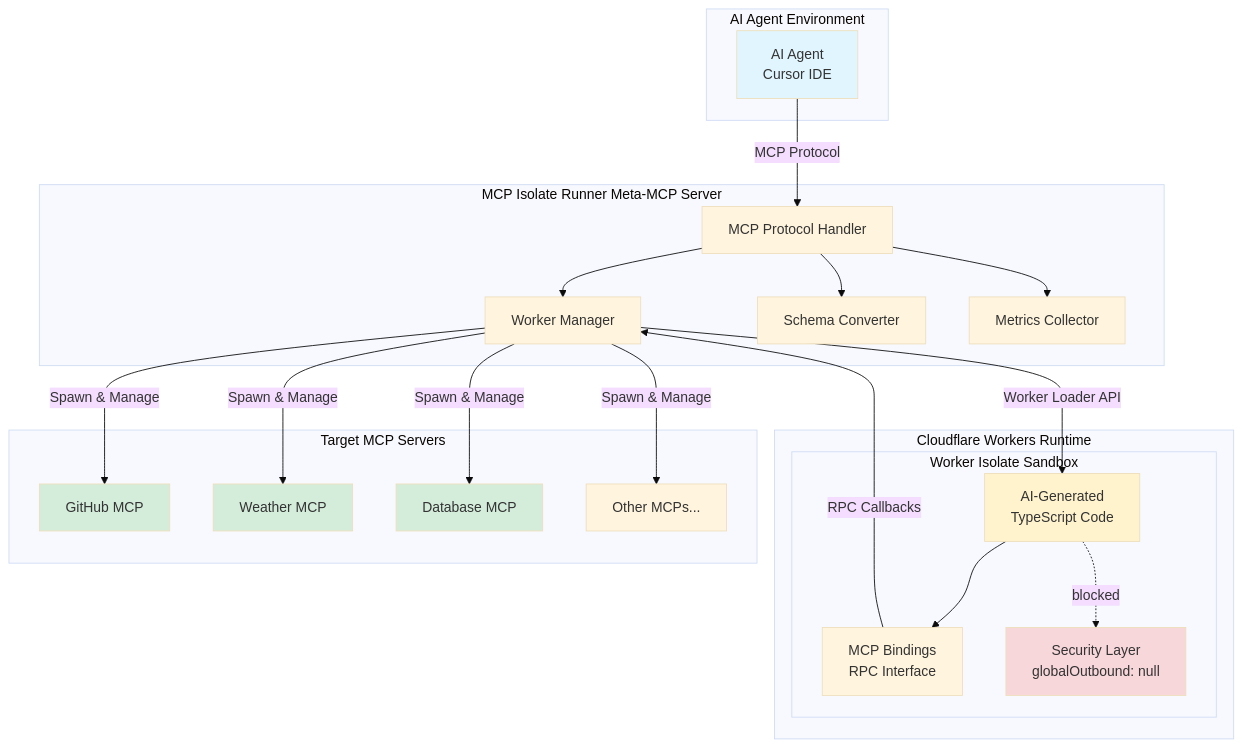
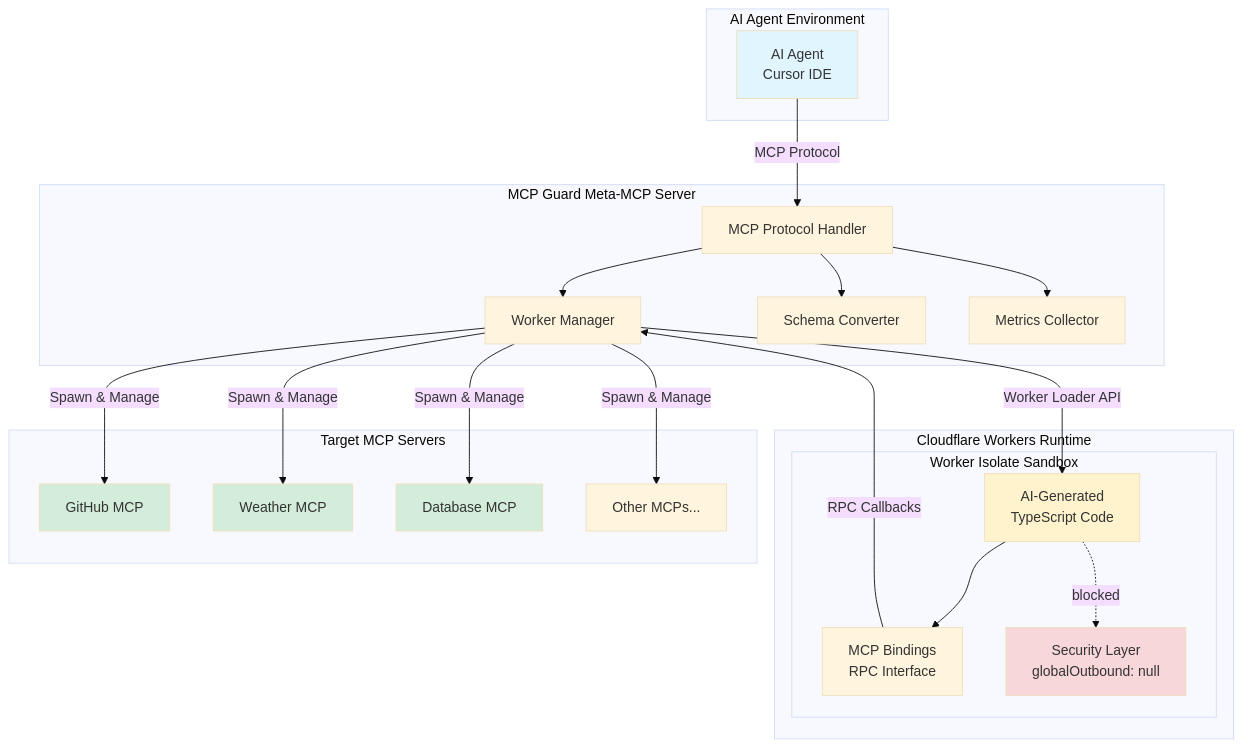
One commit to jgentes/mcpflare changed the first of 8 diagrams in ARCHITECTURE_DIAGRAMS.md. Above: the diagram before and after it, drawn with Mermaid (base theme). The commit also changed other lines of this file and 14 other files, not shown here.

First line of the commit message:
Rename project to MCP Guard

````diff
--- a/ARCHITECTURE_DIAGRAMS.md
+++ b/ARCHITECTURE_DIAGRAMS.md
@@ -5,50 +5,50 @@
 ```mermaid
 graph TB
     subgraph "AI Agent Environment"
         Agent[AI Agent<br/>Cursor IDE]
     end
     
-    subgraph "MCP Isolate Runner Meta-MCP Server"
+    subgraph "MCP Guard Meta-MCP Server"
         MCP[MCP Protocol Handler]
         WM[Worker Manager]
         SC[Schema Converter]
         MC[Metrics Collector]
         
         MCP --> WM
         MCP --> SC
         MCP --> MC
     end
     
     subgraph "Cloudflare Workers Runtime"
         subgraph "Worker Isolate Sandbox"
             Code[AI-Generated<br/>TypeScript Code]
             Bind[MCP Bindings<br/>RPC Interface]
             Sec[Security Layer<br/>globalOutbound: null]
             
             Code --> Bind
             Code -.blocked.-> Sec
         end
     end
     
     subgraph "Target MCP Servers"
         GitHub[GitHub MCP]
         Weather[Weather MCP]
         DB[Database MCP]
         Other[Other MCPs...]
     end
     
     Agent -->|MCP Protocol| MCP
     WM -->|Worker Loader API| Code
     Bind -->|RPC Callbacks| WM
     WM -->|Spawn & Manage| GitHub
     WM -->|Spawn & Manage| Weather
     WM -->|Spawn & Manage| DB
     WM -->|Spawn & Manage| Other
     
     style Agent fill:#e1f5ff
     style Code fill:#fff3cd
     style Sec fill:#f8d7da
     style GitHub fill:#d4edda
     style Weather fill:#d4edda
     style DB fill:#d4edda
 ```
````
